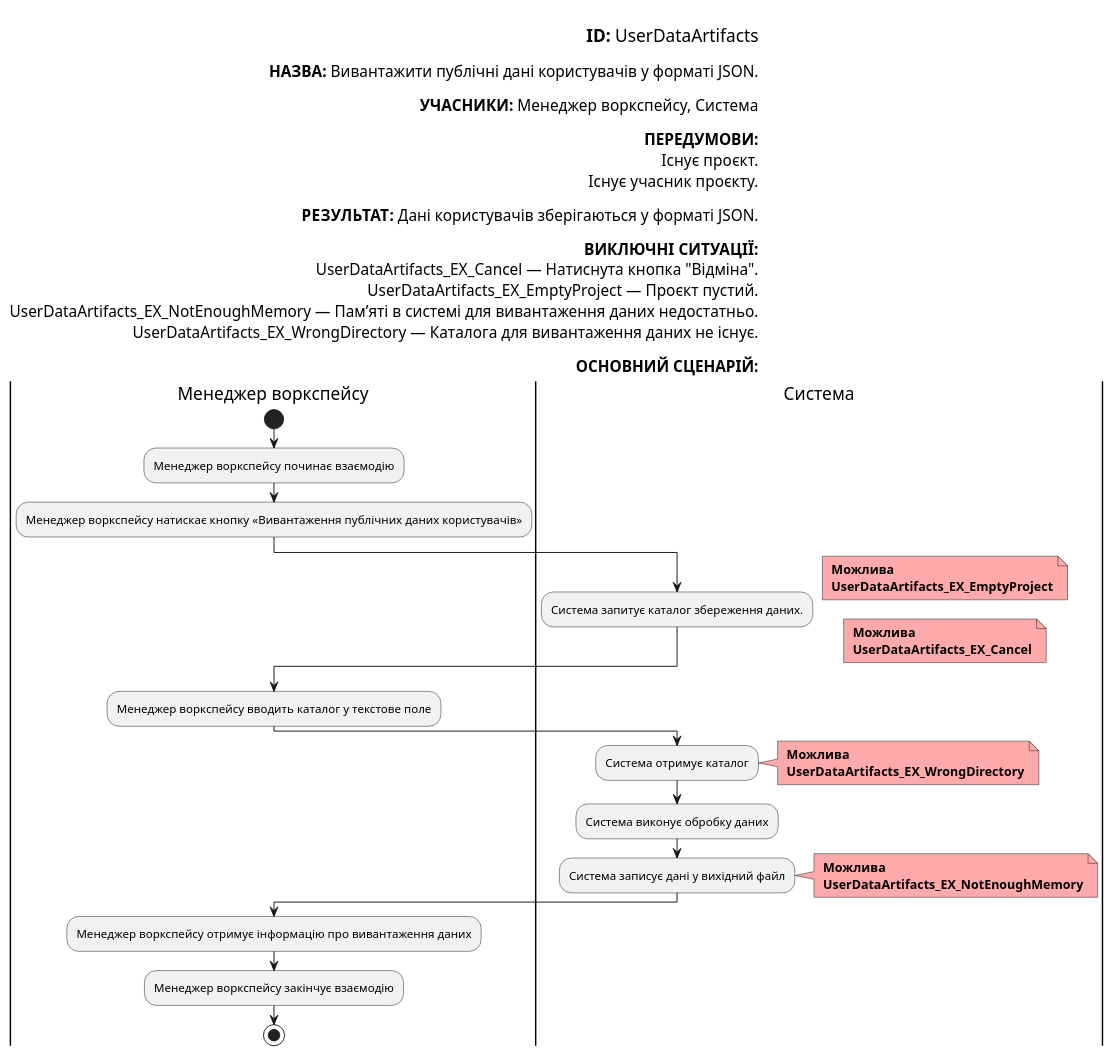
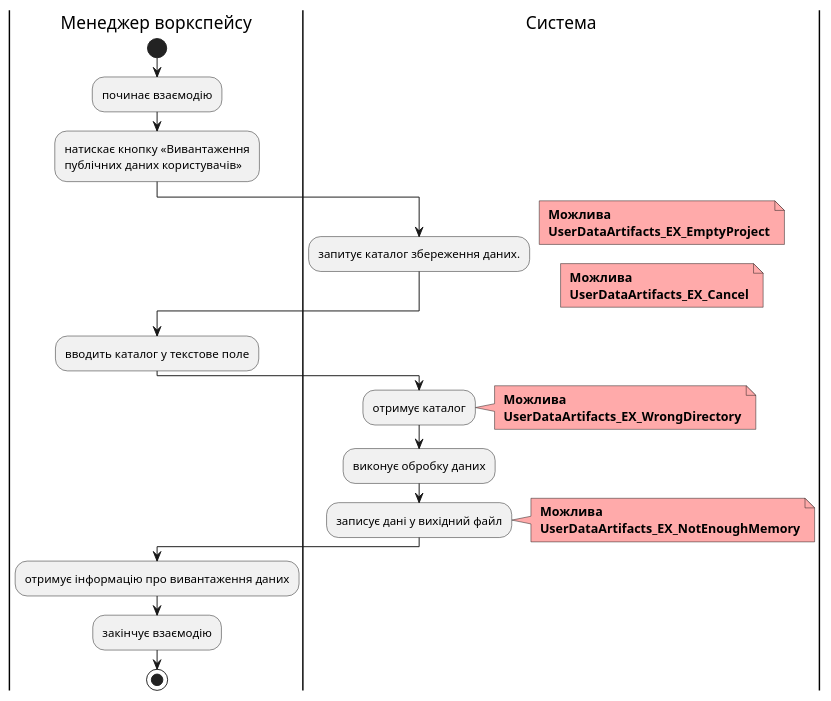
Before and after one commit to yaryna-bashchak/db_course_work: diagram 21 of 24 in docs/use cases/README.md, drawn with PlantUML. The commit also changed other lines of this file, not shown here.

Commit message:
updated diagrams for user cases

```diff
--- a/docs/use cases/README.md
+++ b/docs/use cases/README.md
@@ -1131,69 +1097,47 @@
 @startuml
-
-    left header
-
-        <font color=000 size=18><b>ID:</b> UserDataArtifacts
-
-        <font color=000 size=16><b>НАЗВА:</b> Вивантажити публічні дані користувачів у форматі JSON.
-
-        <font color=000 size=16><b>УЧАСНИКИ:</b> Менеджер воркспейсу, Система
-
-        <font color=000 size=16><b>ПЕРЕДУМОВИ:</b> 
-        <font color=000 size=16> Існує проєкт.
-        <font color=000 size=16> Існує учасник проєкту.
-
-        <font color=000 size=16><b>РЕЗУЛЬТАТ:</b> Дані користувачів зберігаються у форматі JSON.
-        
-        <font color=000 size=16><b>ВИКЛЮЧНІ СИТУАЦІЇ:</b>
-        <font color=000 size=16> UserDataArtifacts_EX_Cancel — Натиснута кнопка "Відміна".
-        <font color=000 size=16> UserDataArtifacts_EX_EmptyProject — Проєкт пустий.
-        <font color=000 size=16> UserDataArtifacts_EX_NotEnoughMemory — Пам’яті в системі для вивантаження даних недостатньо.
-        <font color=000 size=16> UserDataArtifacts_EX_WrongDirectory — Каталога для вивантаження даних не існує.
-
-        <font color=000 size=16><b>ОСНОВНИЙ СЦЕНАРІЙ:</b>
-    end header
 
     |Менеджер воркспейсу|
         start
-        :Менеджер воркспейсу починає взаємодію;
+        :починає взаємодію;
         
-        :Менеджер воркспейсу натискає кнопку «Вивантаження публічних даних користувачів»;
+        :натискає кнопку «Вивантаження 
+        публічних даних користувачів»;
 
     |Система|
-        :Система запитує каталог збереження даних.;
+        :запитує каталог збереження даних.;
         note right #ffaaaa
         <b> Можлива
         <b> UserDataArtifacts_EX_EmptyProject
         end note
         note right #ffaaaa
         <b> Можлива
         <b> UserDataArtifacts_EX_Cancel
         end note
 
     |Менеджер воркспейсу|
-        :Менеджер воркспейсу вводить каталог у текстове поле;
+        :вводить каталог у текстове поле;
         
     |Система|
-        :Система отримує каталог;
+        :отримує каталог;
         note right #ffaaaa
         <b> Можлива
         <b> UserDataArtifacts_EX_WrongDirectory
         end note
       
 
-        :Система виконує обробку даних;
+        :виконує обробку даних;
 
-        :Система записує дані у вихідний файл;
+        :записує дані у вихідний файл;
         note right #ffaaaa
         <b> Можлива
         <b> UserDataArtifacts_EX_NotEnoughMemory
         end note
         
     |Менеджер воркспейсу|
-        :Менеджер воркспейсу отримує інформацію про вивантаження даних;
+        :отримує інформацію про вивантаження даних;
 
-        :Менеджер воркспейсу закінчує взаємодію;
+        :закінчує взаємодію;
 
         stop;
 
 @enduml
```
